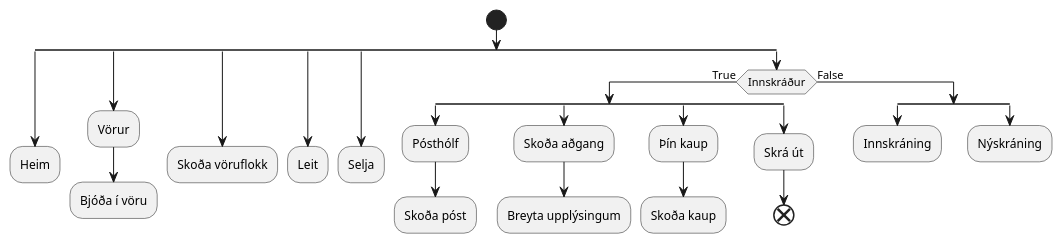
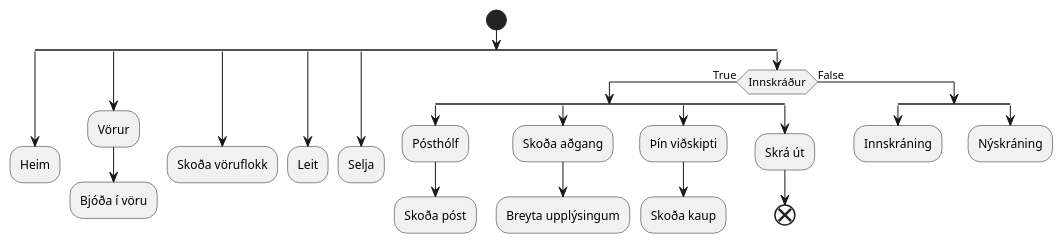
The diagram in navigation-diagram.plantuml (baldurjonsson/T-220-VLN2-design), drawn with PlantUML before and after one commit. The commit also changed 3 other files, not shown here.

Commit message:
Diagramioz

```diff
--- a/navigation-diagram.plantuml
+++ b/navigation-diagram.plantuml
@@ -1,45 +1,45 @@
 @startuml
 start
 split
 :Heim;
 kill
 split again
 :Vörur;
 :Bjóða í vöru;
 kill
 split again
 :Skoða vöruflokk;
 kill
 split again
 :Leit;
 kill
 split again
 :Selja;
 kill
 split again
 if (Innskráður) then (True)
     split
     :Pósthólf;
     :Skoða póst;
     kill
     split again
     :Skoða aðgang;
     :Breyta upplýsingum;
     kill
     split again
-    :Þín kaup;
+    :Þín viðskipti;
     :Skoða kaup;
     kill
     split again
     :Skrá út;
     end
     end split
 else (False)
     split
     :Innskráning;
     kill
     split again
     :Nýskráning;
     kill
     end split
 @enduml
```
